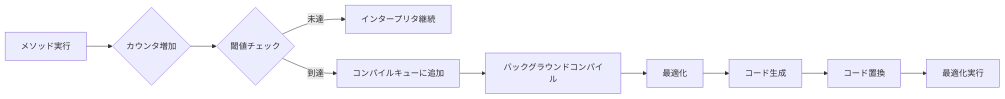
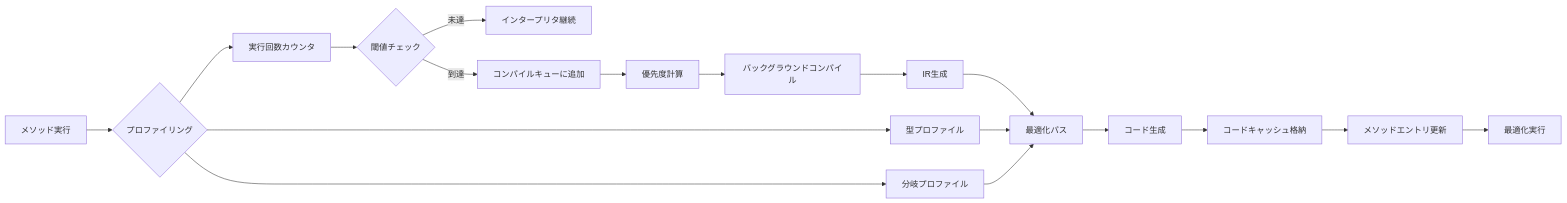
One commit to gtnao/viblog changed the second of 8 diagrams in articles/compiler/jit_compilation.md. Above: the diagram before and after it, drawn with Mermaid. The commit also changed other lines of this file and 3 other files, not shown here.

````diff
--- a/articles/compiler/jit_compilation.md
+++ b/articles/compiler/jit_compilation.md
@@ -39,12 +57,23 @@
 ```mermaid
 graph LR
-    A[メソッド実行] --> B{カウンタ増加}
-    B --> C{閾値チェック}
-    C -->|未達| D[インタープリタ継続]
-    C -->|到達| E[コンパイルキューに追加]
-    E --> F[バックグラウンドコンパイル]
-    F --> G[最適化]
-    G --> H[コード生成]
-    H --> I[コード置換]
-    I --> J[最適化実行]
+    A[メソッド実行] --> B{プロファイリング}
+    B --> C[実行回数カウンタ]
+    B --> D[型プロファイル]
+    B --> E[分岐プロファイル]
+    
+    C --> F{閾値チェック}
+    F -->|未達| G[インタープリタ継続]
+    F -->|到達| H[コンパイルキューに追加]
+    
+    H --> I[優先度計算]
+    I --> J[バックグラウンドコンパイル]
+    J --> K[IR生成]
+    K --> L[最適化パス]
+    L --> M[コード生成]
+    M --> N[コードキャッシュ格納]
+    N --> O[メソッドエントリ更新]
+    O --> P[最適化実行]
+    
+    D --> L
+    E --> L
 ```
````
